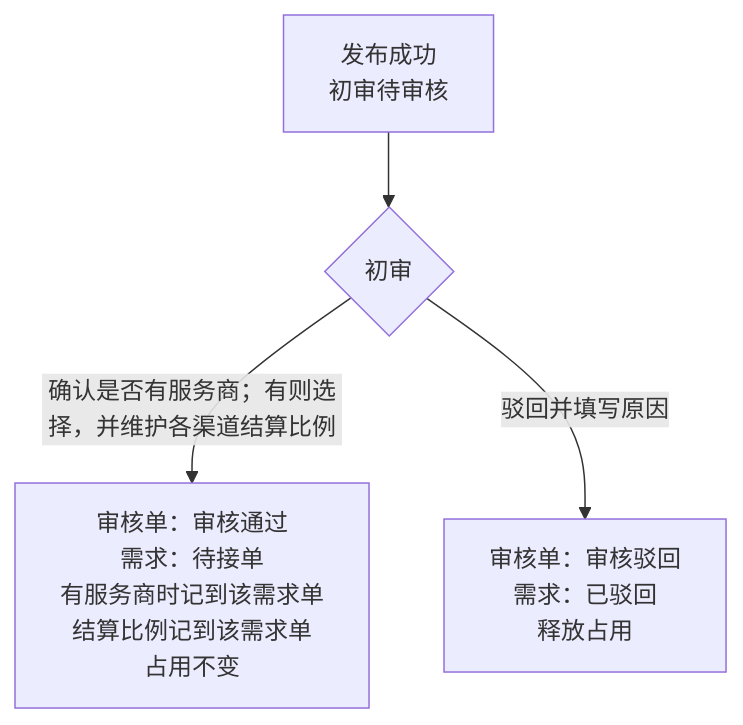
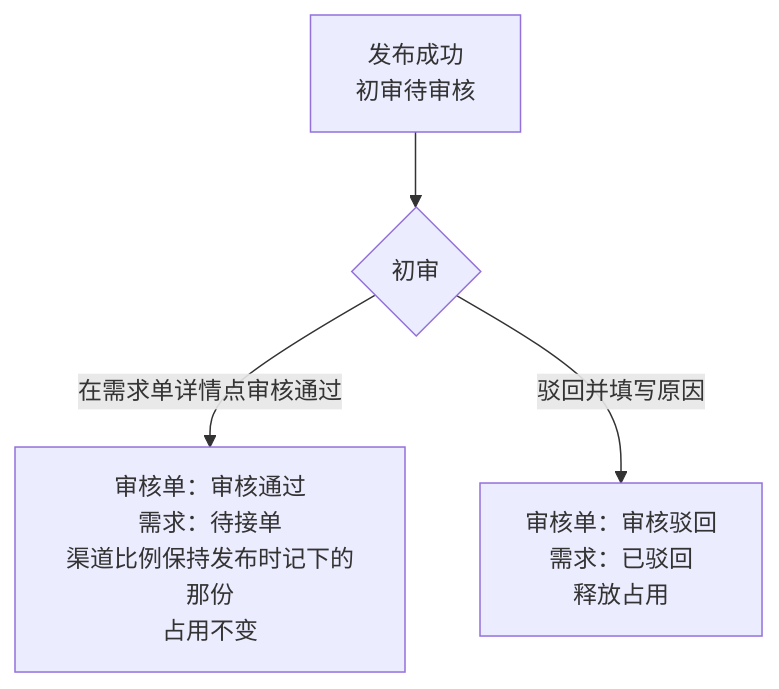
Before and after one commit to 342-droid/LFerp: the fifth of 7 diagrams in RBT/docs/1-整体业务流程图.md, drawn with Mermaid. The commit also changed other lines of this file and 51 other files, not shown here.

````diff
--- a/RBT/docs/1-整体业务流程图.md
+++ b/RBT/docs/1-整体业务流程图.md
@@ -142,6 +142,6 @@
 ```mermaid
 flowchart TB
   R0[发布成功<br/>初审待审核] --> R1{初审}
-  R1 -->|确认是否有服务商；有则选择，并维护各渠道结算比例| R2[审核单：审核通过<br/>需求：待接单<br/>有服务商时记到该需求单<br/>结算比例记到该需求单<br/>占用不变]
+  R1 -->|在需求单详情点审核通过| R2[审核单：审核通过<br/>需求：待接单<br/>渠道比例保持发布时记下的那份<br/>占用不变]
   R1 -->|驳回并填写原因| R3[审核单：审核驳回<br/>需求：已驳回<br/>释放占用]
 ```
````
